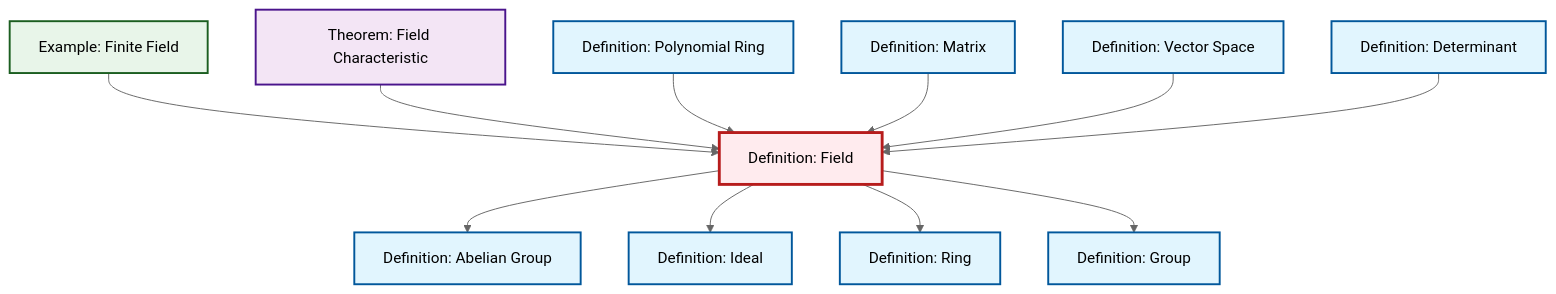
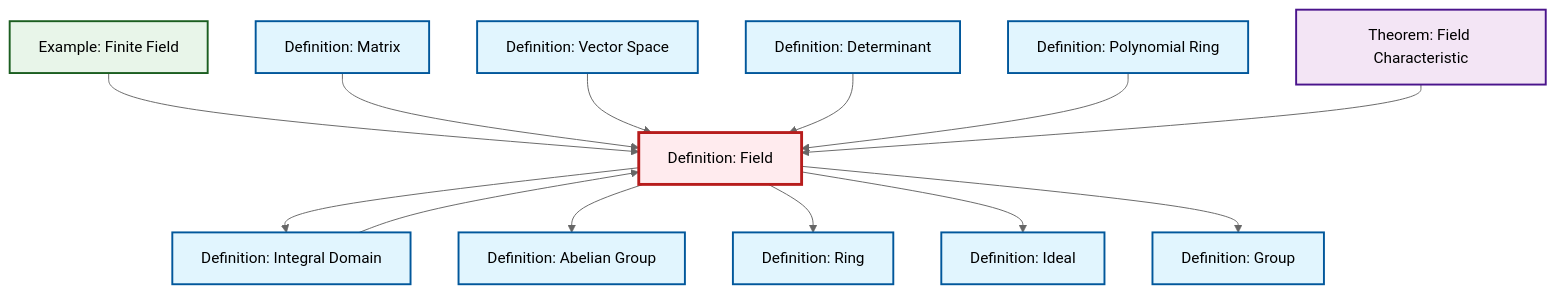
The diagram in content/ja/algebra/def-field.qmd (RK0429/ModernMath), drawn with Mermaid (neutral theme) before and after one commit. The commit also changed other lines of this file and 597 other files, not shown here.

````diff
--- a/content/ja/algebra/def-field.qmd
+++ b/content/ja/algebra/def-field.qmd
@@ -58,41 +60,45 @@
 ```{mermaid}
 %%| fig-cap: "Local dependency graph"
 graph TD
     classDef definition fill:#e1f5fe,stroke:#01579b,stroke-width:2px
     classDef theorem fill:#f3e5f5,stroke:#4a148c,stroke-width:2px
     classDef axiom fill:#fff3e0,stroke:#e65100,stroke-width:2px
     classDef example fill:#e8f5e9,stroke:#1b5e20,stroke-width:2px
     classDef current fill:#ffebee,stroke:#b71c1c,stroke-width:3px
+    ex-finite-field["Example: Finite Field"]:::example
+    def-integral-domain["Definition: Integral Domain"]:::definition
+    thm-field-characteristic["Theorem: Field Characteristic"]:::theorem
+    def-polynomial-ring["Definition: Polynomial Ring"]:::definition
+    def-ideal["Definition: Ideal"]:::definition
     def-vector-space["Definition: Vector Space"]:::definition
     def-matrix["Definition: Matrix"]:::definition
+    def-field["Definition: Field"]:::definition
     def-ring["Definition: Ring"]:::definition
     def-determinant["Definition: Determinant"]:::definition
-    ex-finite-field["Example: Finite Field"]:::example
-    def-polynomial-ring["Definition: Polynomial Ring"]:::definition
-    def-ideal["Definition: Ideal"]:::definition
     def-abelian-group["Definition: Abelian Group"]:::definition
     def-group["Definition: Group"]:::definition
-    thm-field-characteristic["Theorem: Field Characteristic"]:::theorem
-    def-field["Definition: Field"]:::definition
+    def-field --> def-integral-domain
     def-field --> def-abelian-group
     ex-finite-field --> def-field
-    thm-field-characteristic --> def-field
-    def-polynomial-ring --> def-field
-    def-field --> def-ideal
     def-matrix --> def-field
     def-vector-space --> def-field
+    def-integral-domain --> def-field
     def-determinant --> def-field
+    def-polynomial-ring --> def-field
     def-field --> def-ring
+    def-field --> def-ideal
     def-field --> def-group
+    thm-field-characteristic --> def-field
     class def-field current
+    click ex-finite-field "ex-finite-field.html" "Example: Finite Fieldへ"
+    click def-integral-domain "def-integral-domain.html" "Definition: Integral Domainへ"
+    click thm-field-characteristic "thm-field-characteristic.html" "Theorem: Field Characteristicへ"
+    click def-polynomial-ring "def-polynomial-ring.html" "Definition: Polynomial Ringへ"
+    click def-ideal "def-ideal.html" "Definition: Idealへ"
     click def-vector-space "def-vector-space.html" "Definition: Vector Spaceへ"
     click def-matrix "def-matrix.html" "Definition: Matrixへ"
     click def-ring "def-ring.html" "Definition: Ringへ"
     click def-determinant "def-determinant.html" "Definition: Determinantへ"
-    click ex-finite-field "ex-finite-field.html" "Example: Finite Fieldへ"
-    click def-polynomial-ring "def-polynomial-ring.html" "Definition: Polynomial Ringへ"
-    click def-ideal "def-ideal.html" "Definition: Idealへ"
     click def-abelian-group "def-abelian-group.html" "Definition: Abelian Groupへ"
     click def-group "def-group.html" "Definition: Groupへ"
-    click thm-field-characteristic "thm-field-characteristic.html" "Theorem: Field Characteristicへ"
 ```
````
